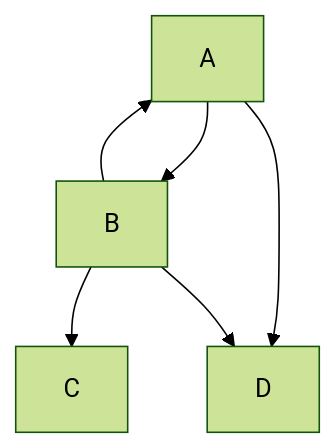
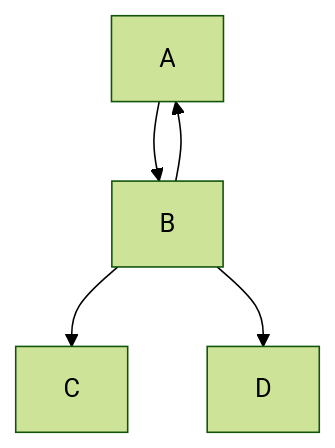
One commit to tobdos/ghpages-dogygen changed the diagram in docs/index.md. Above: the diagram before and after it, drawn with Mermaid (forest theme).

````diff
--- a/docs/index.md
+++ b/docs/index.md
@@ -18,8 +18,7 @@
 ```mermaid
 graph TD;
     A-->B;
     B-->C;
     B-->A;
-    A-->D;
     B-->D;
 ```
````
